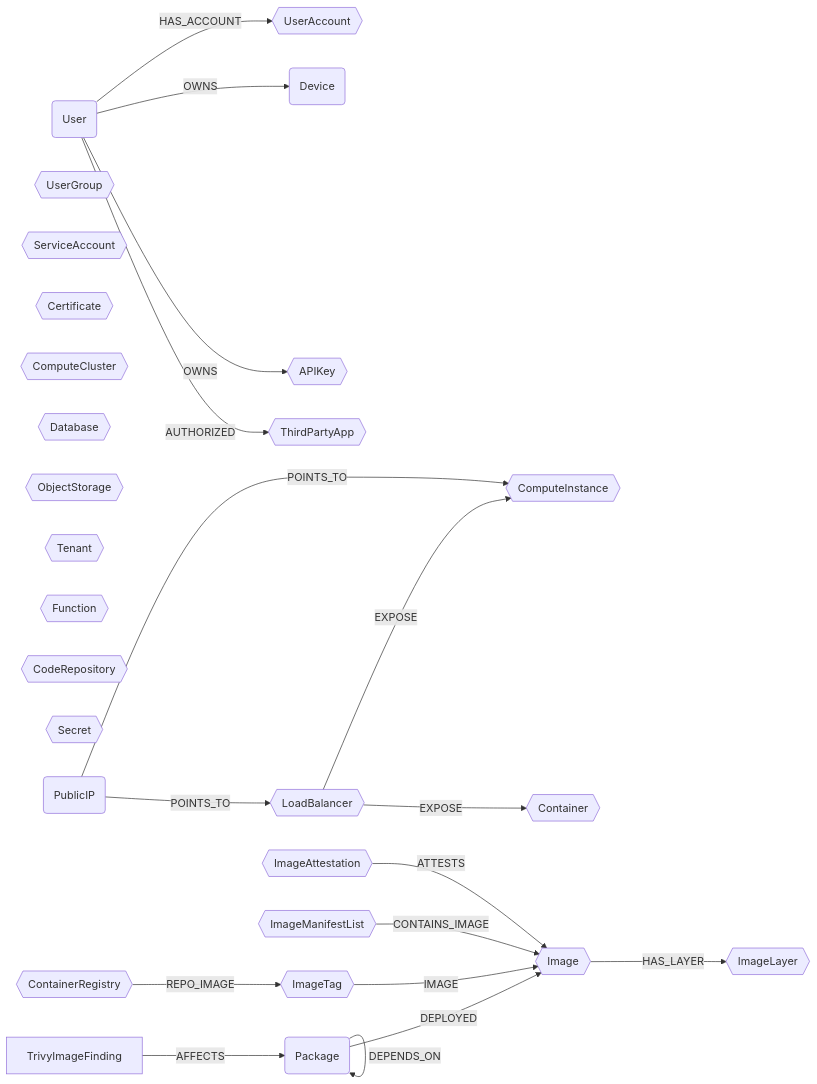
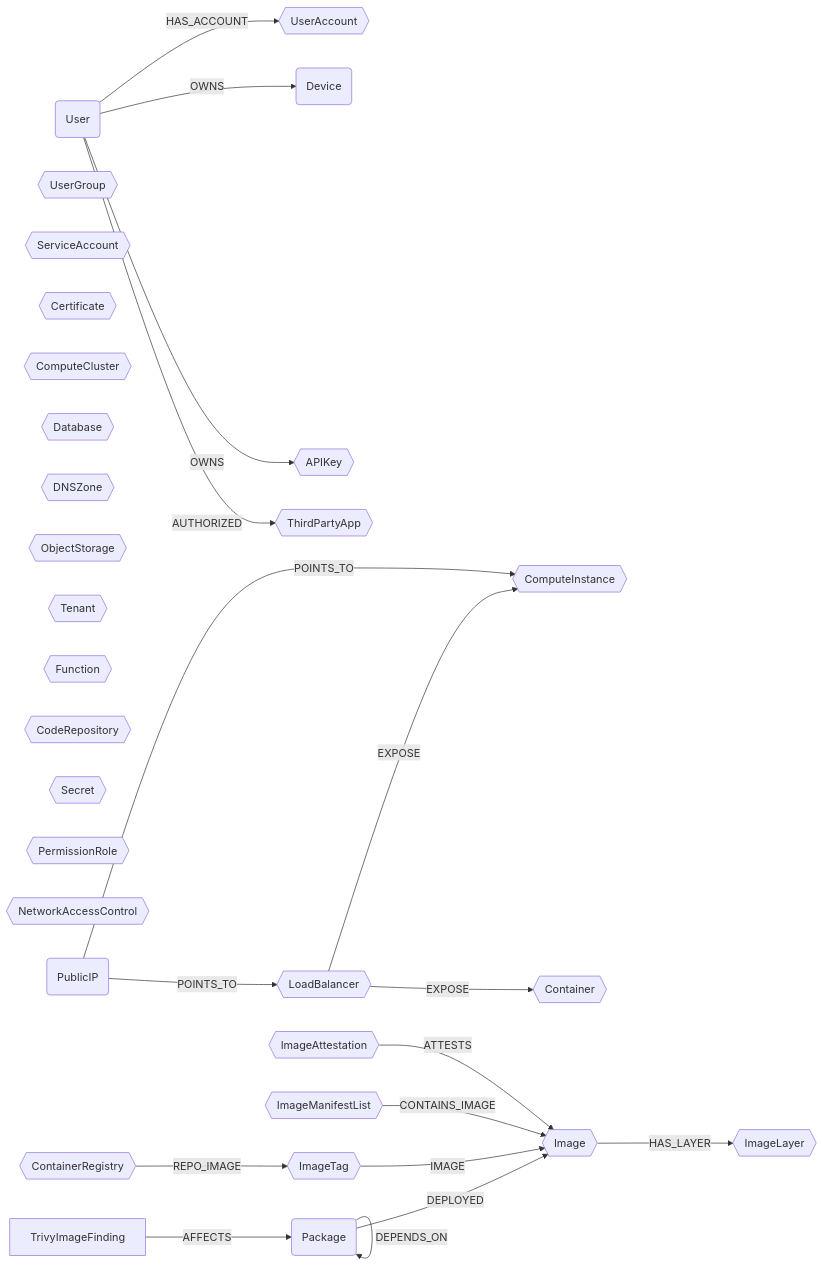
One commit to sec-js/cartography changed the diagram in docs/root/modules/ontology/schema.md. Above: the diagram before and after it, drawn with Mermaid. The commit also changed other lines of this file and 29 other files, not shown here.

First line of the commit message:
feat(ontology): add PermissionRole, NetworkAccessControl, and DNSZone semantic labels (#2492)

````diff
--- a/docs/root/modules/ontology/schema.md
+++ b/docs/root/modules/ontology/schema.md
@@ -6,30 +6,33 @@
 ```mermaid
 graph LR
 
 U(User) -- HAS_ACCOUNT --> UA{{UserAccount}}
 U -- OWNS --> CC(Device)
 U -- OWNS --> AK{{APIKey}}
 U -- AUTHORIZED --> OA{{ThirdPartyApp}}
 UG{{UserGroup}}
 SA{{ServiceAccount}}
 CERT{{Certificate}}
 LB{{LoadBalancer}} -- EXPOSE --> CI{{ComputeInstance}}
 LB{{LoadBalancer}} -- EXPOSE --> CT{{Container}}
 CL{{ComputeCluster}}
 DB{{Database}}
+DZ{{DNSZone}}
 OS{{ObjectStorage}}
 TN{{Tenant}}
 FN{{Function}}
 REPO{{CodeRepository}}
 SC{{Secret}}
+PR{{PermissionRole}}
+NAC{{NetworkAccessControl}}
 PIP(PublicIP) -- POINTS_TO --> LB
 PIP -- POINTS_TO --> CI
 PKG(Package) -- DEPLOYED --> IM{{Image}}
 PKG -- DEPENDS_ON --> PKG
 F[TrivyImageFinding] -- AFFECTS --> PKG
 CR{{ContainerRegistry}} -- REPO_IMAGE --> IT{{ImageTag}}
 IT -- IMAGE --> IM
 IML{{ImageManifestList}} -- CONTAINS_IMAGE --> IM
 IA{{ImageAttestation}} -- ATTESTS --> IM
 IM -- HAS_LAYER --> IL{{ImageLayer}}
 ```
````
